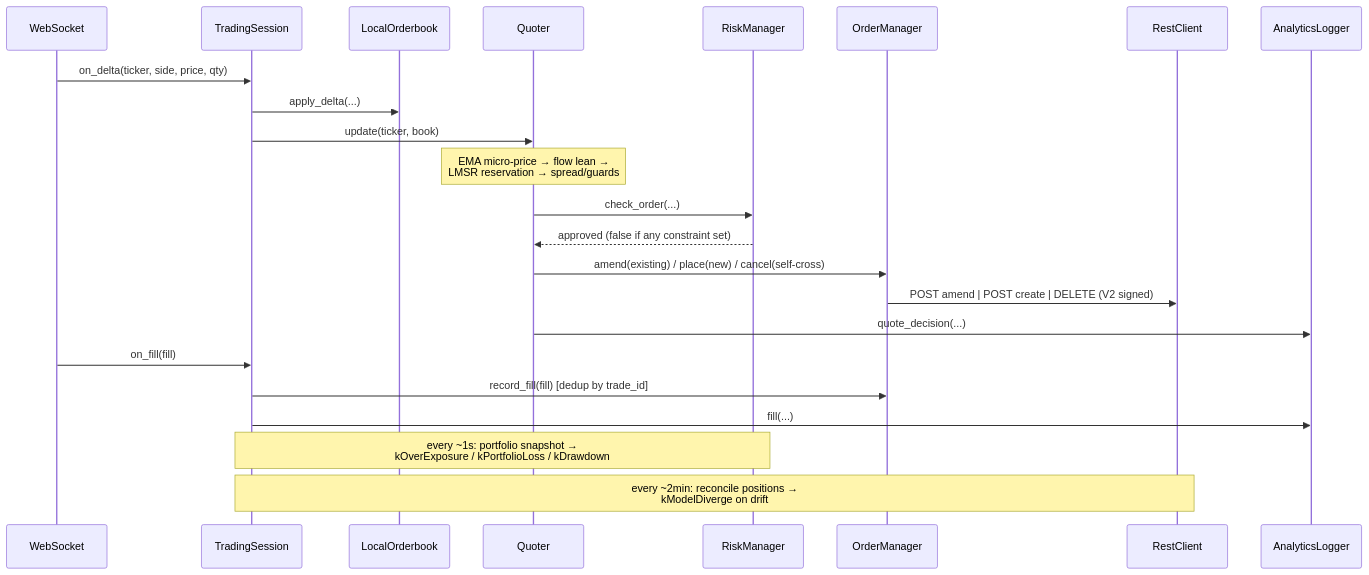
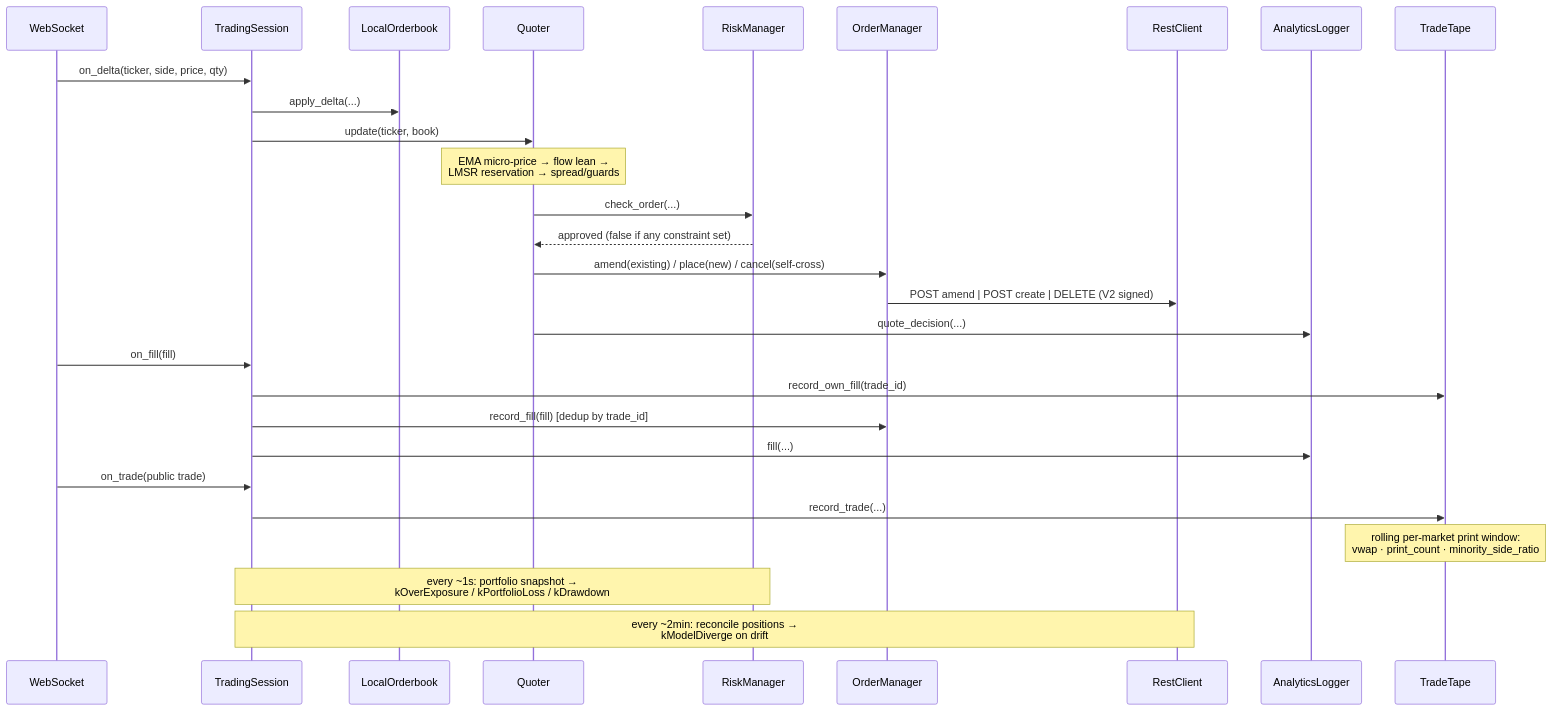
Before and after one commit to jfreun123/kalshi-market-maker: the diagram in docs/architecture.md, drawn with Mermaid. The commit also changed other lines of this file and 1 other file, not shown here.

Commit message:
docs: TradeTape in architecture diagram; PLAN 65/66 progress notes

````diff
--- a/docs/architecture.md
+++ b/docs/architecture.md
@@ -10,26 +10,31 @@
 ```mermaid
 sequenceDiagram
     participant WS as WebSocket
     participant SESS as TradingSession
     participant OB as LocalOrderbook
     participant QE as Quoter
     participant RM as RiskManager
     participant OM as OrderManager
     participant REST as RestClient
     participant AN as AnalyticsLogger
+    participant TAPE as TradeTape
 
     WS->>SESS: on_delta(ticker, side, price, qty)
     SESS->>OB: apply_delta(...)
     SESS->>QE: update(ticker, book)
     Note over QE: EMA micro-price → flow lean →<br/>LMSR reservation → spread/guards
     QE->>RM: check_order(...)
     RM-->>QE: approved (false if any constraint set)
     QE->>OM: amend(existing) / place(new) / cancel(self-cross)
     OM->>REST: POST amend | POST create | DELETE (V2 signed)
     QE->>AN: quote_decision(...)
     WS->>SESS: on_fill(fill)
+    SESS->>TAPE: record_own_fill(trade_id)
     SESS->>OM: record_fill(fill)  [dedup by trade_id]
     SESS->>AN: fill(...)
+    WS->>SESS: on_trade(public trade)
+    SESS->>TAPE: record_trade(...)
+    Note over TAPE: rolling per-market print window:<br/>vwap · print_count · minority_side_ratio
     Note over SESS,RM: every ~1s: portfolio snapshot →<br/>kOverExposure / kPortfolioLoss / kDrawdown
     Note over SESS,REST: every ~2min: reconcile positions →<br/>kModelDiverge on drift
 ```
````
